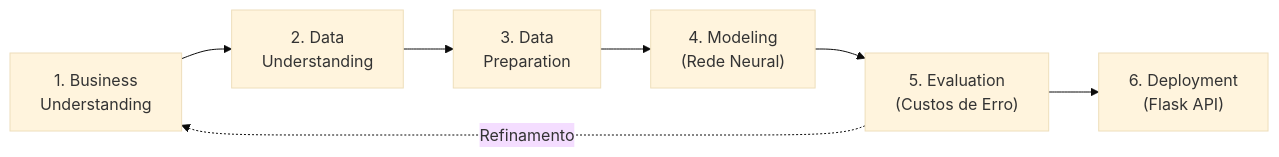
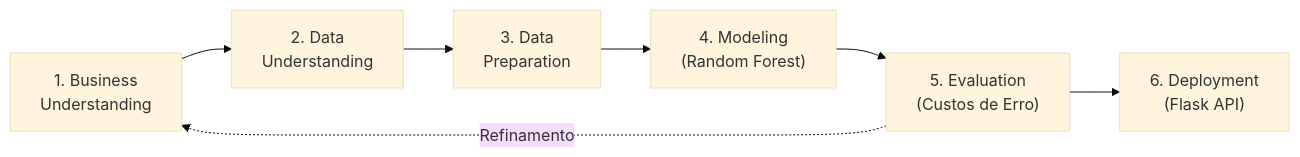
One commit to profAndreSouza/Factory-Hub changed the diagram in docs/02_ciencia_de_dados.md. Above: the diagram before and after it, drawn with Mermaid (base theme). The commit also changed other lines of this file and 14 other files, not shown here.

````diff
--- a/docs/02_ciencia_de_dados.md
+++ b/docs/02_ciencia_de_dados.md
@@ -14,9 +14,9 @@
 ```mermaid
 flowchart LR
     BU["1. Business\nUnderstanding"] --> DU["2. Data\nUnderstanding"]
     DU --> DP["3. Data\nPreparation"]
-    DP --> M["4. Modeling\n(Rede Neural)"]
+    DP --> M["4. Modeling\n(Random Forest)"]
     M --> E["5. Evaluation\n(Custos de Erro)"]
     E --> D["6. Deployment\n(Flask API)"]
     E -.->|Refinamento| BU
 ```
````
